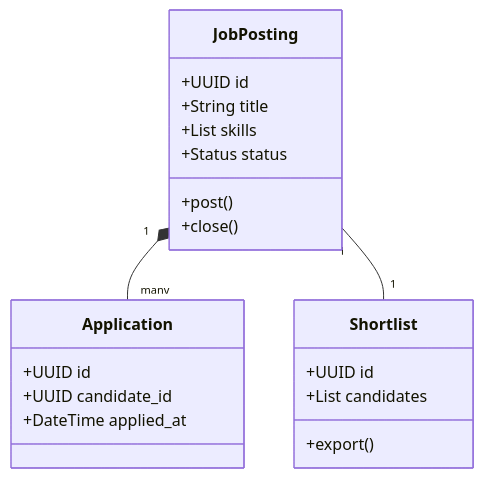
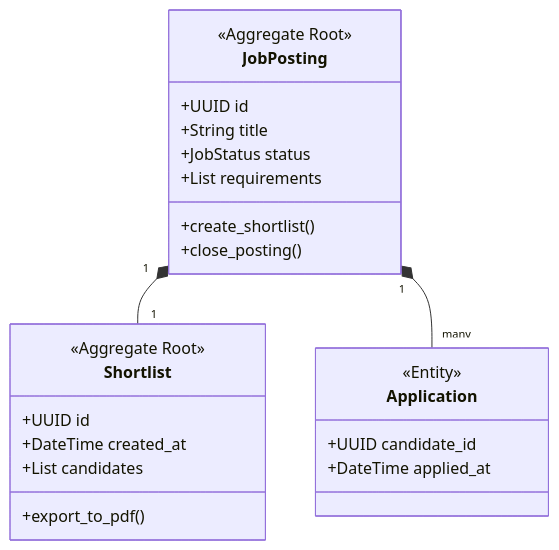
The second of 2 diagrams in DESIGN_AND_TESTING.md (Gaulotechnology/Quantic-Capstone-Project), drawn with Mermaid before and after one commit. The commit also changed other lines of this file, not shown here.

Commit message:
docs: overhaul Design & Testing document with deep architectural rationale and DDD details

````diff
--- a/DESIGN_AND_TESTING.md
+++ b/DESIGN_AND_TESTING.md
@@ -63,23 +70,26 @@
 ```mermaid
 classDiagram
     class JobPosting {
+        <<Aggregate Root>>
         +UUID id
         +String title
-        +List skills
-        +Status status
-        +post()
-        +close()
+        +JobStatus status
+        +List requirements
+        +create_shortlist()
+        +close_posting()
+    }
+    class Shortlist {
+        <<Aggregate Root>>
+        +UUID id
+        +DateTime created_at
+        +List candidates
+        +export_to_pdf()
     }
     class Application {
-        +UUID id
+        <<Entity>>
         +UUID candidate_id
         +DateTime applied_at
     }
-    class Shortlist {
-        +UUID id
-        +List candidates
-        +export()
-    }
+    JobPosting "1" *-- "1" Shortlist
     JobPosting "1" *-- "many" Application
-    JobPosting "1" -- "1" Shortlist
 ```
````
